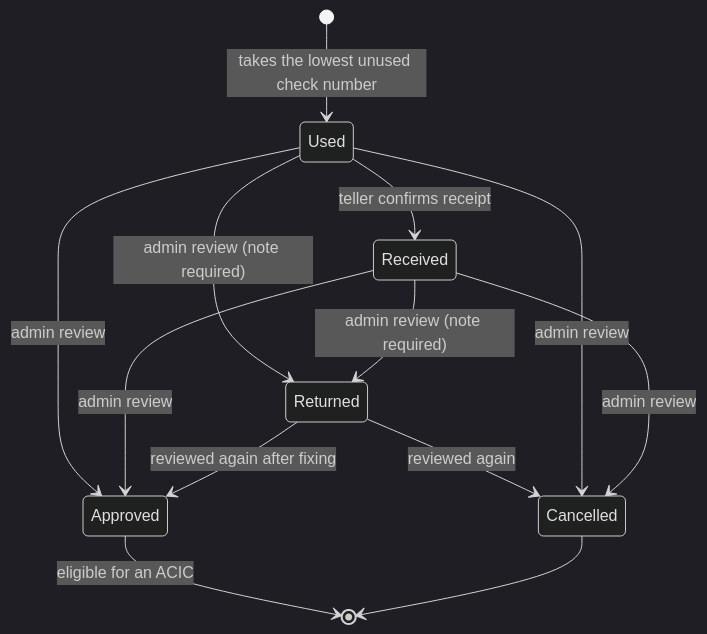
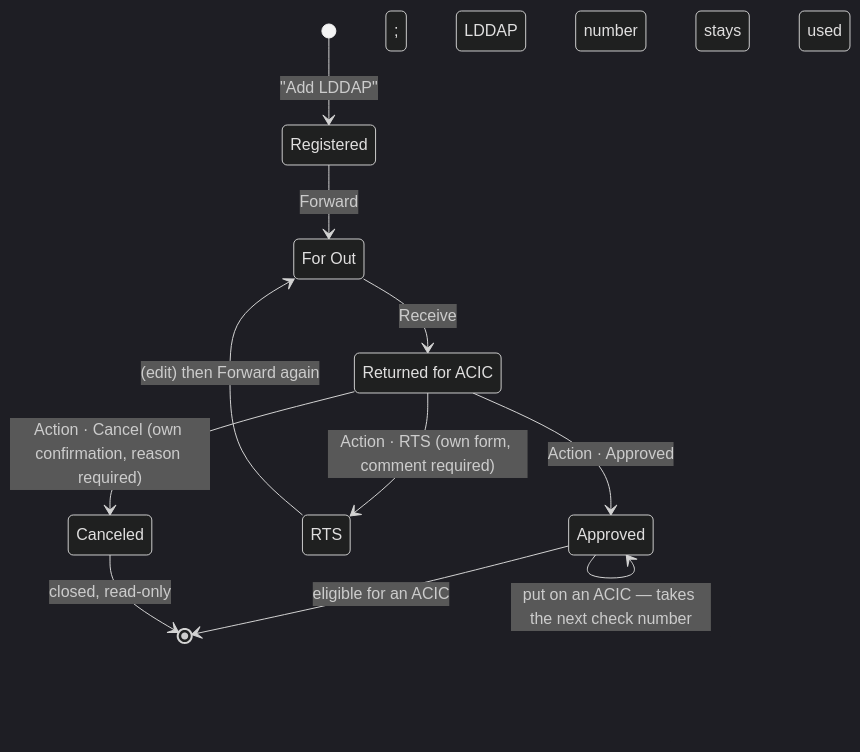
The eighth of 10 diagrams in docs/DOCUMENTATION.md (nicolasjob21/E-MDS), drawn with Mermaid (dark theme) before and after one commit. The commit also changed other lines of this file and 85 other files, not shown here.

````diff
--- a/docs/DOCUMENTATION.md
+++ b/docs/DOCUMENTATION.md
@@ -559,15 +648,15 @@
 ```mermaid
 stateDiagram-v2
-    [*] --> Used: takes the lowest unused check number
-    Used --> Received: teller confirms receipt
-    Used --> Approved: admin review
-    Received --> Approved: admin review
-    Used --> Returned: admin review (note required)
-    Received --> Returned: admin review (note required)
-    Returned --> Approved: reviewed again after fixing
-    Returned --> Cancelled: reviewed again
-    Used --> Cancelled: admin review
-    Received --> Cancelled: admin review
+    ForOut: For Out
+    ReturnedForAcic: Returned for ACIC
+    [*] --> Registered: "Add LDDAP"
+    Registered --> ForOut: Forward
+    ForOut --> ReturnedForAcic: Receive
+    ReturnedForAcic --> Approved: Action · Approved
+    ReturnedForAcic --> RTS: Action · RTS (own form, comment required)
+    RTS --> ForOut: (edit) then Forward again
+    ReturnedForAcic --> Canceled: Action · Cancel (own confirmation, reason required)
+    Approved --> Approved: put on an ACIC — takes the next check number
     Approved --> [*]: eligible for an ACIC
-    Cancelled --> [*]
+    Canceled --> [*]: closed, read-only; LDDAP number stays used
 ```
````
